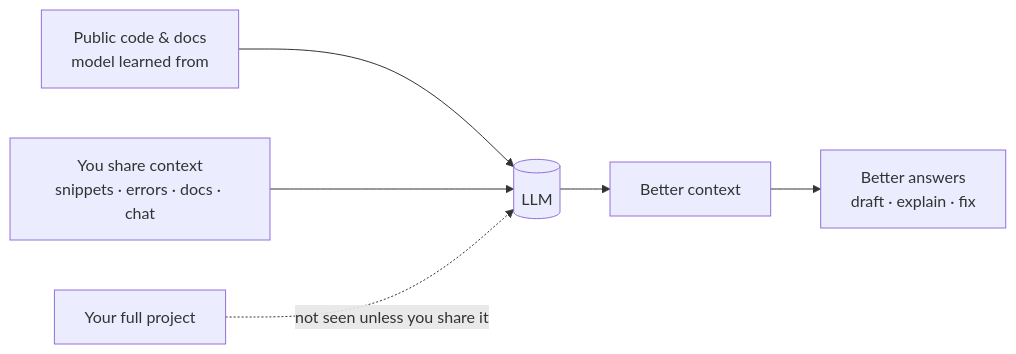
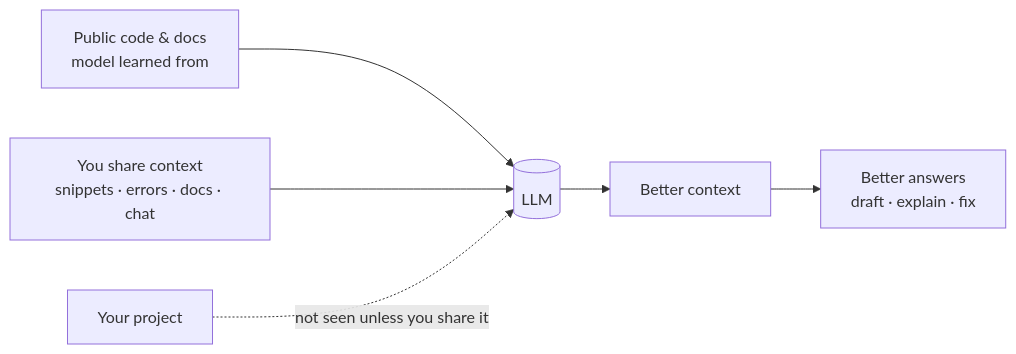
The diagram in content/workshops/01_fundamentals.md (ubc-library-rc/ai_for_coding), drawn with Mermaid before and after one commit.

````diff
--- a/content/workshops/01_fundamentals.md
+++ b/content/workshops/01_fundamentals.md
@@ -30,8 +30,8 @@
 ```mermaid
 flowchart LR
     A[Public code & docs<br/>model learned from] --> B[(LLM)]
     C[You share context<br/>snippets · errors · docs · chat] --> B
     B --> D[Better context]
     D --> E[Better answers<br/>draft · explain · fix]
-    F[Your full project] -.->|not seen unless you share it| B
+    F[Your project] -.->|not seen unless you share it| B
 ```
````
